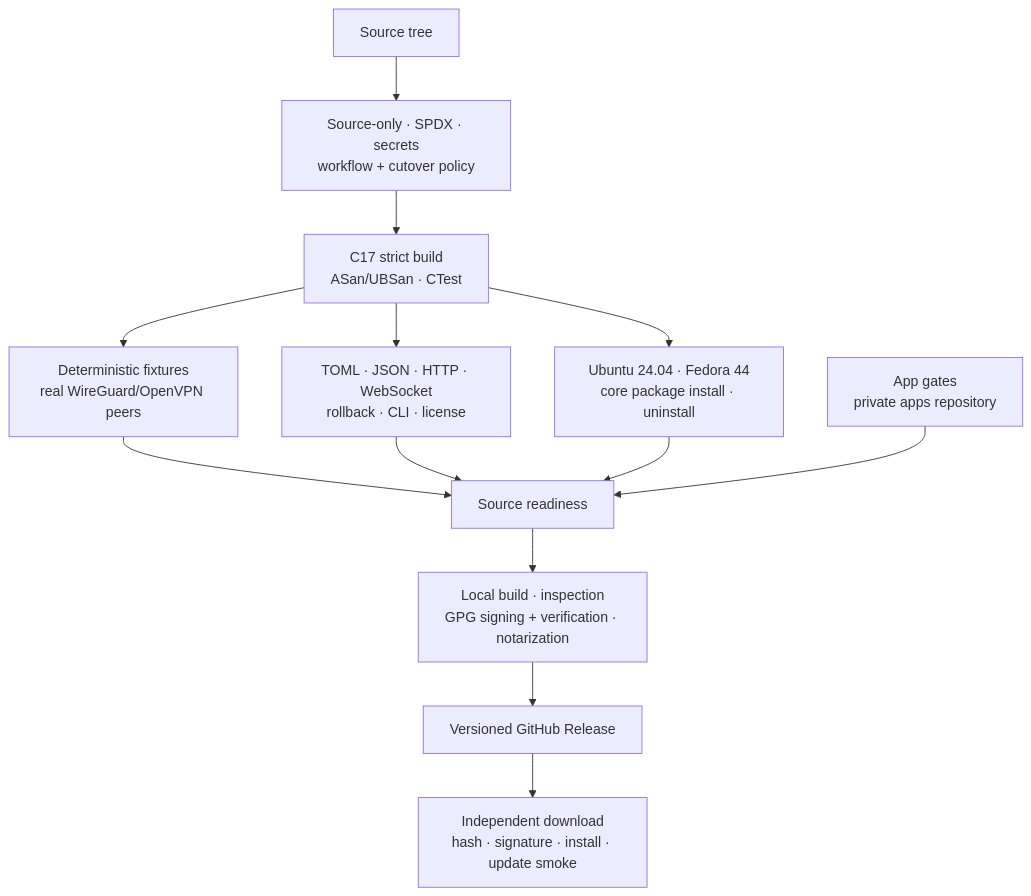
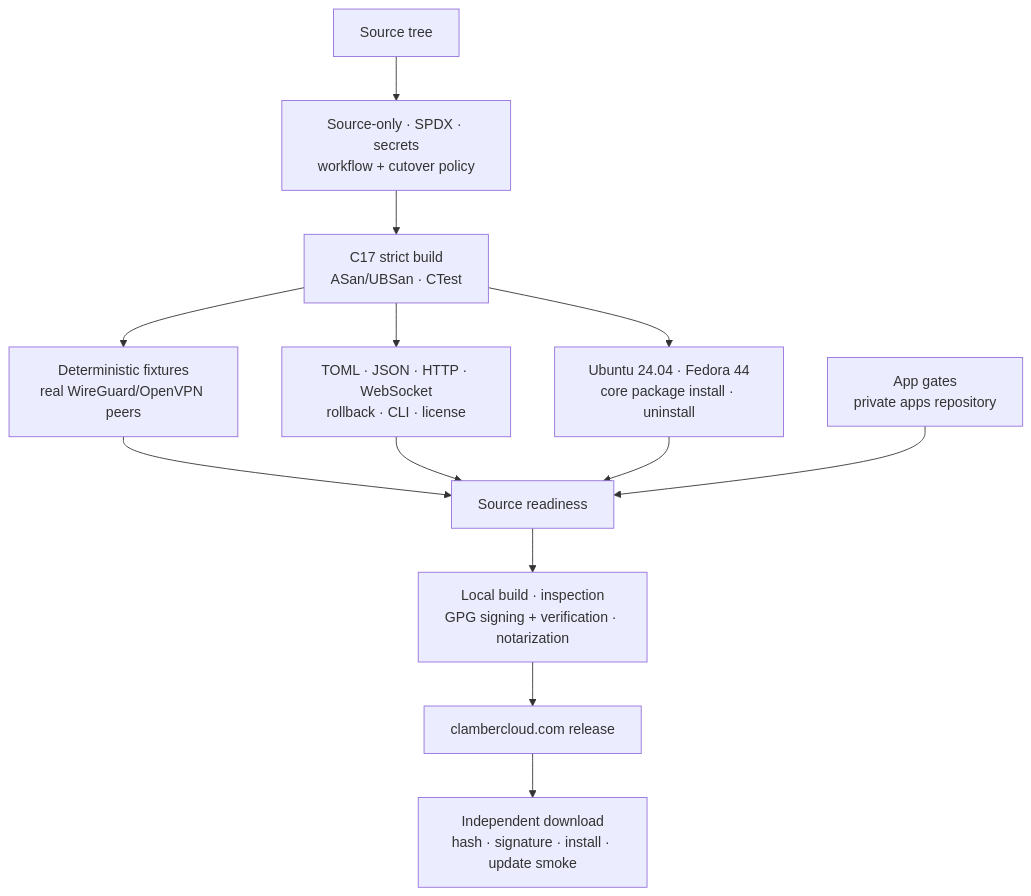
One commit to JohnThre/clambhook changed the diagram in docs/release-validation.md. Above: the diagram before and after it, drawn with Mermaid. The commit also changed 22 other files, not shown here.

Commit message:
release: distribute installers only from clambercloud.com (#28)

````diff
--- a/docs/release-validation.md
+++ b/docs/release-validation.md
@@ -13,15 +13,15 @@
 ```mermaid
 flowchart TD
     source["Source tree"] --> policy["Source-only · SPDX · secrets<br/>workflow + cutover policy"]
     policy --> native["C17 strict build<br/>ASan/UBSan · CTest"]
     native --> protocols["Deterministic fixtures<br/>real WireGuard/OpenVPN peers"]
     native --> contracts["TOML · JSON · HTTP · WebSocket<br/>rollback · CLI · license"]
     native --> distros["Ubuntu 24.04 · Fedora 44<br/>core package install · uninstall"]
     protocols --> ready["Source readiness"]
     contracts --> ready
     distros --> ready
     apps["App gates<br/>private apps repository"] --> ready
     ready --> local["Local build · inspection<br/>GPG signing + verification · notarization"]
-    local --> published["Versioned GitHub Release"]
+    local --> published["clambercloud.com release"]
     published --> download["Independent download<br/>hash · signature · install · update smoke"]
 ```
````
